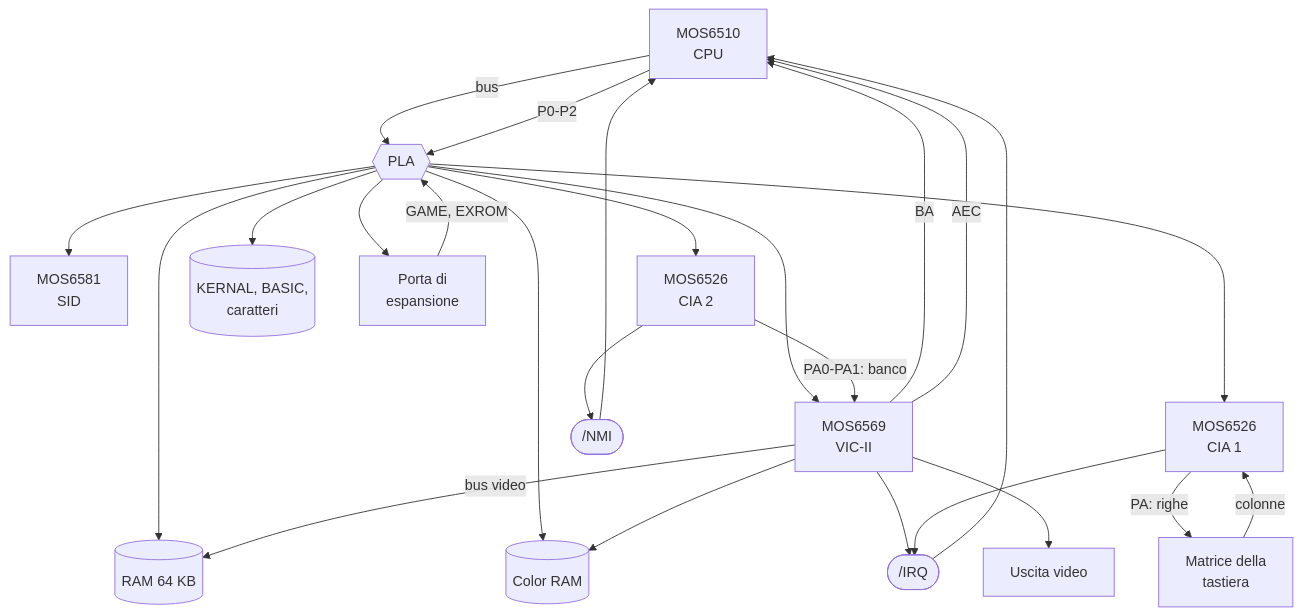
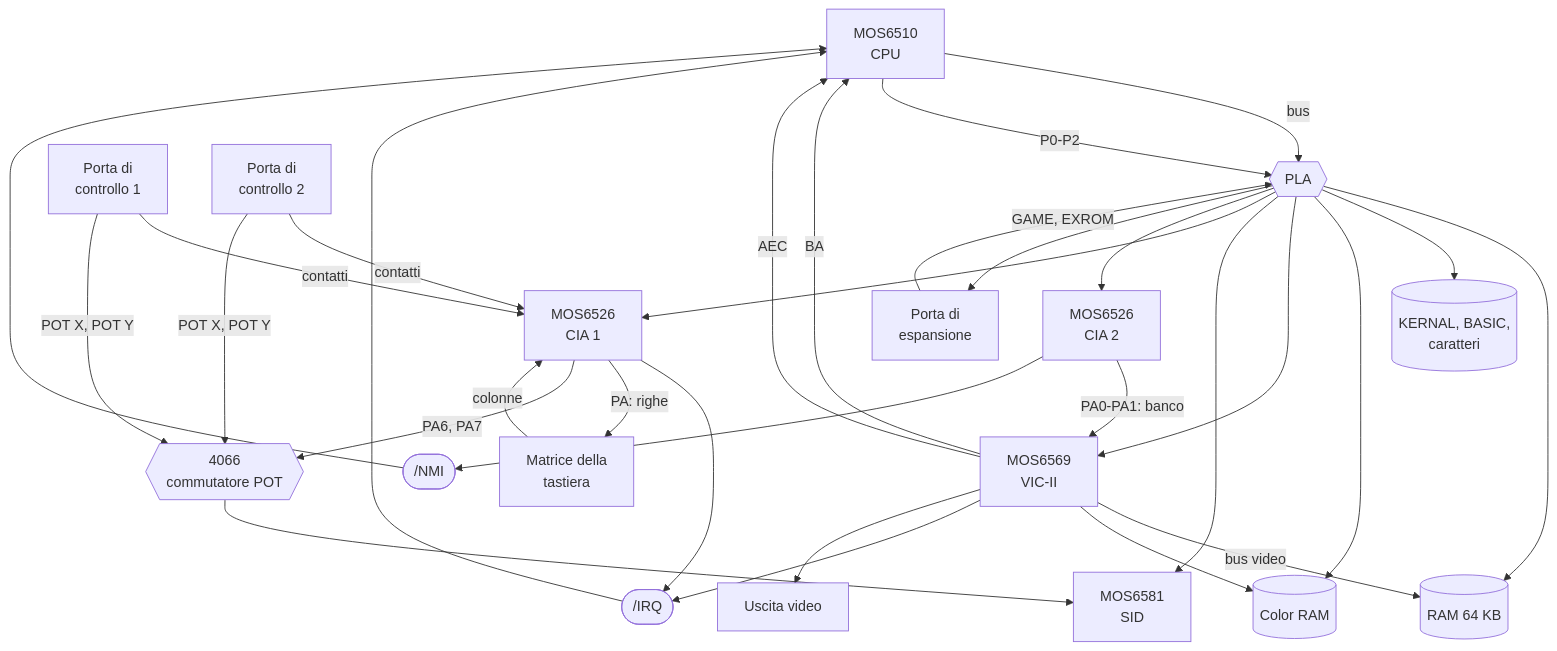
Before and after one commit to marcoparenzan/ThingRetro: the second of 2 diagrams in docs/ARCHITETTURA.md, drawn with Mermaid. The commit also changed other lines of this file and 13 other files, not shown here.

````diff
--- a/docs/ARCHITETTURA.md
+++ b/docs/ARCHITETTURA.md
@@ -52,35 +52,44 @@
 ```mermaid
 flowchart TB
     CPU[MOS6510<br/>CPU]
     VIC[MOS6569<br/>VIC-II]
     SID[MOS6581<br/>SID]
     CIA1[MOS6526<br/>CIA 1]
     CIA2[MOS6526<br/>CIA 2]
     PLA{{PLA}}
     RAM[(RAM 64 KB)]
     COLOR[(Color RAM)]
     ROM[(KERNAL, BASIC,<br/>caratteri)]
     EXP[Porta di<br/>espansione]
     KBD[Matrice della<br/>tastiera]
+    CP1[Porta di<br/>controllo 1]
+    CP2[Porta di<br/>controllo 2]
+    POTSW{{4066<br/>commutatore POT}}
     VIDEO[Uscita video]
     IRQ(["/IRQ"])
     NMI(["/NMI"])
 
     CPU -- bus --> PLA
     CPU -- P0-P2 --> PLA
     EXP -- GAME, EXROM --> PLA
     PLA --> RAM & ROM & COLOR & VIC & SID & CIA1 & CIA2 & EXP
     VIC -- BA --> CPU
     VIC -- AEC --> CPU
     VIC -- bus video --> RAM
     VIC --> COLOR
     CIA2 -- PA0-PA1: banco --> VIC
     VIC --> IRQ
     CIA1 --> IRQ
     IRQ --> CPU
     CIA2 --> NMI
     NMI --> CPU
     CIA1 -- PA: righe --> KBD
     KBD -- colonne --> CIA1
+    CP1 -- contatti --> CIA1
+    CP2 -- contatti --> CIA1
+    CP1 -- POT X, POT Y --> POTSW
+    CP2 -- POT X, POT Y --> POTSW
+    CIA1 -- PA6, PA7 --> POTSW
+    POTSW --> SID
     VIC --> VIDEO
 ```
````
